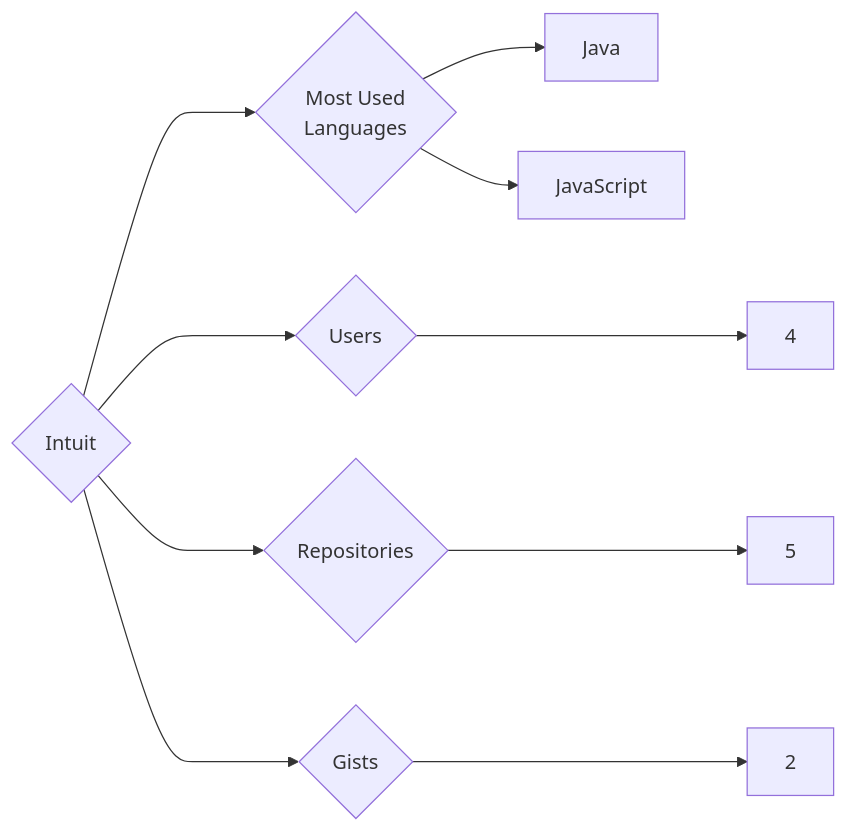
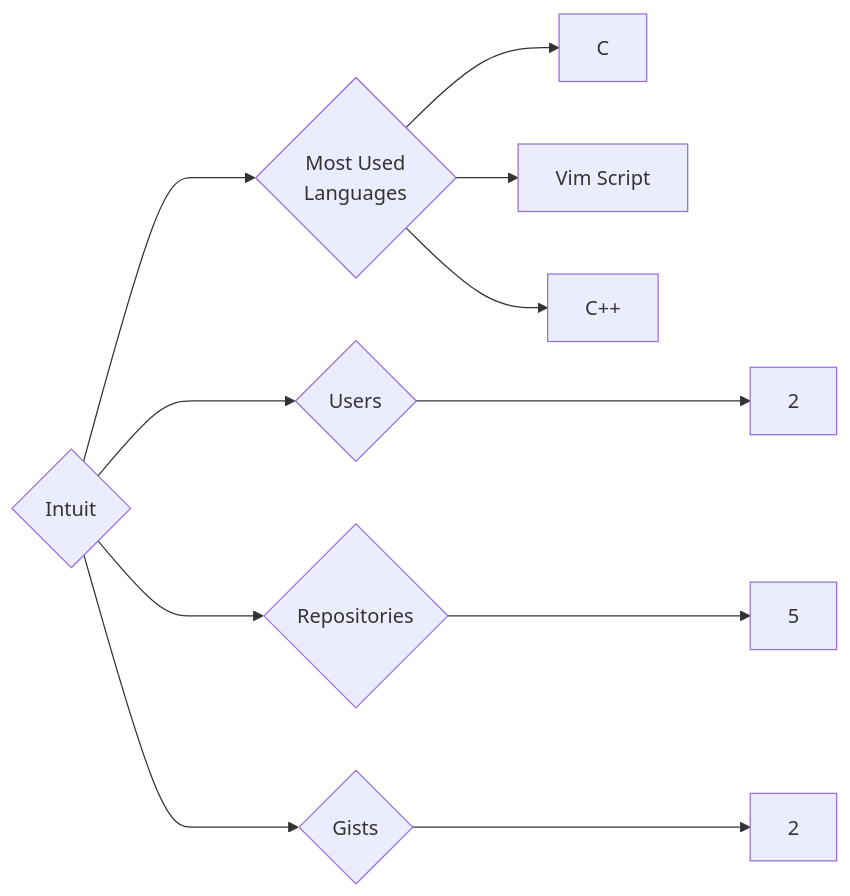
One commit to trickest/insiders changed the diagram in targets/Intuit/README.md. Above: the diagram before and after it, drawn with Mermaid. The commit also changed 1089 other files, not shown here.

````diff
--- a/targets/Intuit/README.md
+++ b/targets/Intuit/README.md
@@ -3,10 +3,11 @@
 ```mermaid
 graph LR
 COMPANY_NAME{Intuit}
-COMPANY_NAME ---> U{Users} ---> UN[4]
+COMPANY_NAME ---> U{Users} ---> UN[2]
 COMPANY_NAME ---> R{Repositories} ---> RN[5]
 COMPANY_NAME ---> G{Gists} ---> GN[2]
 COMPANY_NAME ---> ML{Most Used<br>Languages}
-ML --> Java[Java]
-ML --> JavaScript[JavaScript]
+ML --> C[C]
+ML --> Vim_Script[Vim Script]
+ML --> C++[C++]
 ```
````
